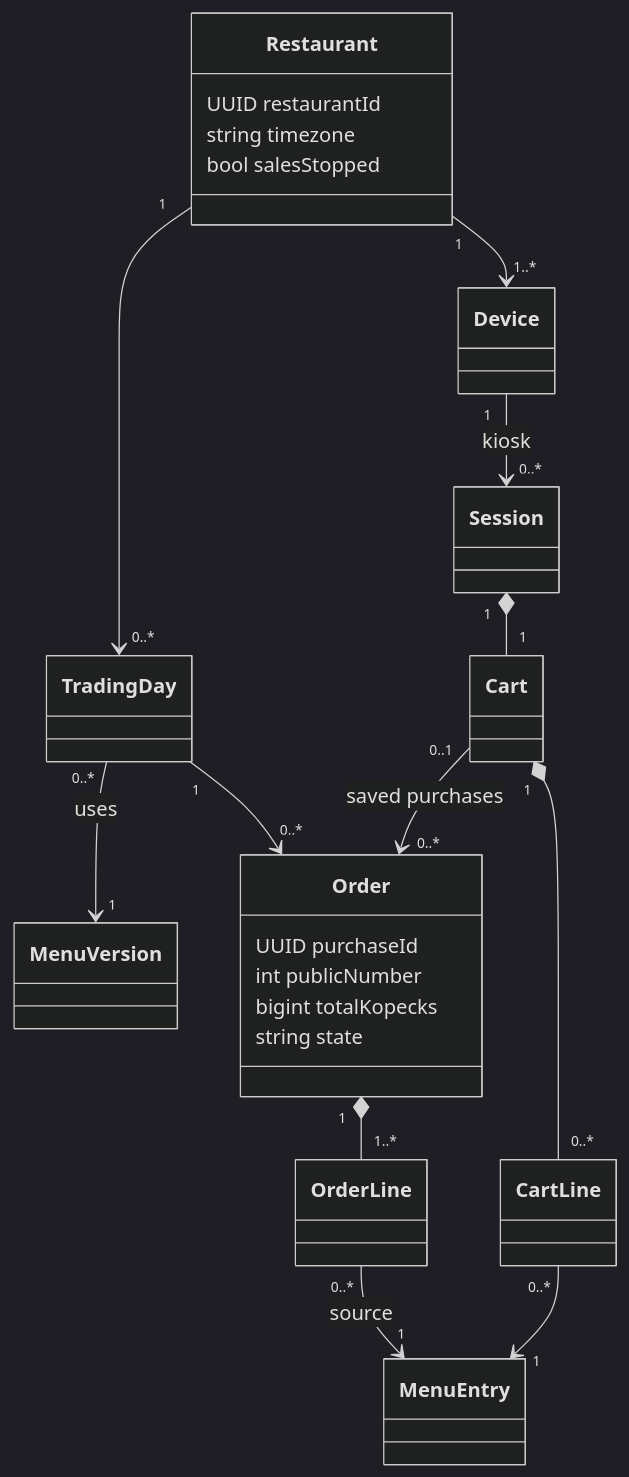
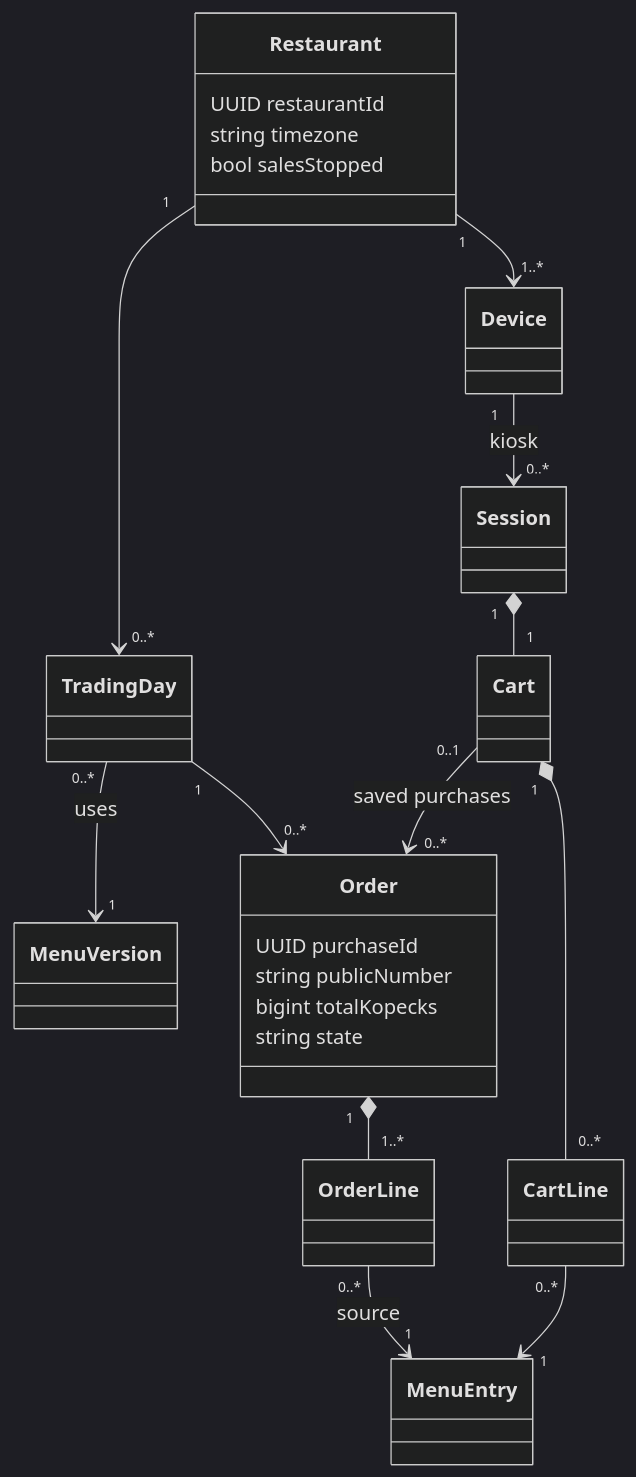
Before and after one commit to n-leo-leo/restaurant-order-board: the second of 6 diagrams in docs/project/published/03_model/class-diagram.md, drawn with Mermaid (dark theme). The commit also changed 92 other files, not shown here.

````diff
--- a/docs/project/published/03_model/class-diagram.md
+++ b/docs/project/published/03_model/class-diagram.md
@@ -39,34 +39,34 @@
 ```mermaid
 classDiagram
 direction TB
 class Restaurant {
   UUID restaurantId
   string timezone
   bool salesStopped
 }
 class TradingDay
 class Device
 class MenuVersion
 class Session
 class Cart
 class CartLine
 class MenuEntry
 class Order {
   UUID purchaseId
-  int publicNumber
+  string publicNumber
   bigint totalKopecks
   string state
 }
 class OrderLine
 Restaurant "1" --> "0..*" TradingDay
 Restaurant "1" --> "1..*" Device
 TradingDay "0..*" --> "1" MenuVersion : uses
 Device "1" --> "0..*" Session : kiosk
 Session "1" *-- "1" Cart
 Cart "1" *-- "0..*" CartLine
 CartLine "0..*" --> "1" MenuEntry
 Cart "0..1" --> "0..*" Order : saved purchases
 TradingDay "1" --> "0..*" Order
 Order "1" *-- "1..*" OrderLine
 OrderLine "0..*" --> "1" MenuEntry : source
 ```
````
